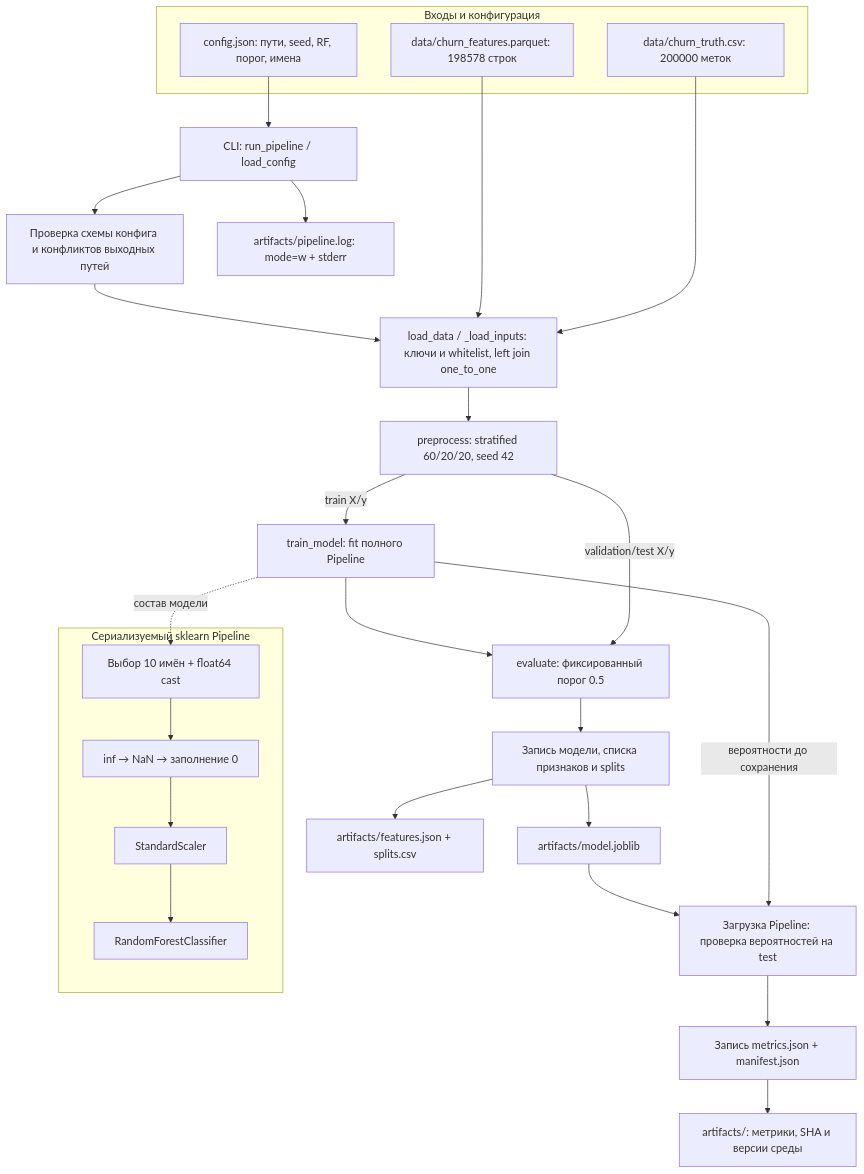
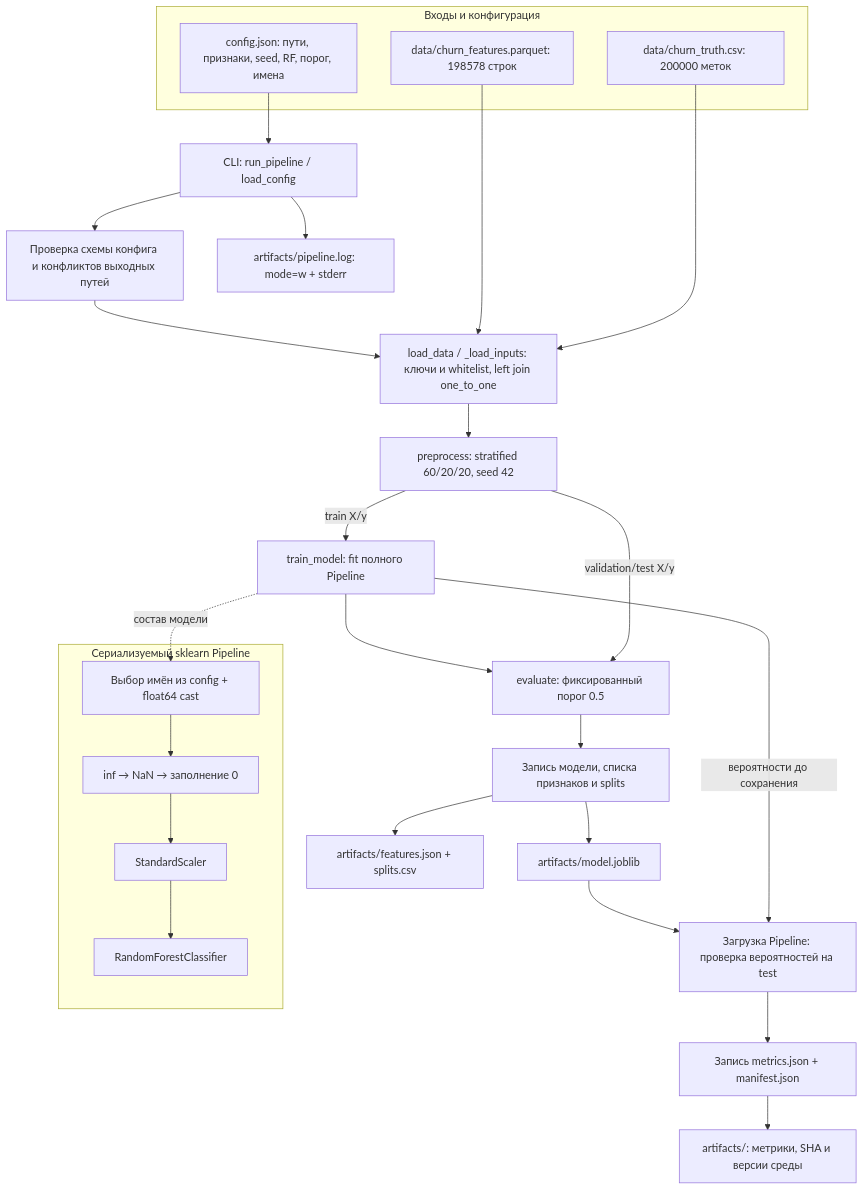
Before and after one commit to M1r0-dev/bda-churn-pipeline-homework: the diagram in architecture.md, drawn with Mermaid. The commit also changed other lines of this file and 7 other files, not shown here.

````diff
--- a/architecture.md
+++ b/architecture.md
@@ -9,33 +9,33 @@
 ```mermaid
 flowchart TD
   subgraph inputs[Входы и конфигурация]
-    C[config.json: пути, seed, RF, порог, имена]
+    C[config.json: пути, признаки, seed, RF, порог, имена]
     F[data/churn_features.parquet: 198578 строк]
     T[data/churn_truth.csv: 200000 меток]
   end
   C --> R[CLI: run_pipeline / load_config]
   R --> P[Проверка схемы конфига и конфликтов выходных путей]
   P --> L[load_data / _load_inputs: ключи и whitelist, left join one_to_one]
   F --> L
   T --> L
   L --> S[preprocess: stratified 60/20/20, seed 42]
   S -->|train X/y| M[train_model: fit полного Pipeline]
   subgraph transforms[Сериализуемый sklearn Pipeline]
-    Q[Выбор 10 имён + float64 cast]
+    Q[Выбор имён из config + float64 cast]
     N[inf → NaN → заполнение 0]
     SC[StandardScaler]
     RF[RandomForestClassifier]
     Q --> N --> SC --> RF
   end
   M -.->|состав модели| Q
   M --> E[evaluate: фиксированный порог 0.5]
   S -->|validation/test X/y| E
   E --> A[Запись модели, списка признаков и splits]
   A --> J[artifacts/model.joblib]
   A --> FS[artifacts/features.json + splits.csv]
   J --> RC[Загрузка Pipeline: проверка вероятностей на test]
   M -->|вероятности до сохранения| RC
   RC --> OUT[Запись metrics.json + manifest.json]
   OUT --> O[artifacts/: метрики, SHA и версии среды]
   R --> LOG[artifacts/pipeline.log: mode=w + stderr]
 ```
````
